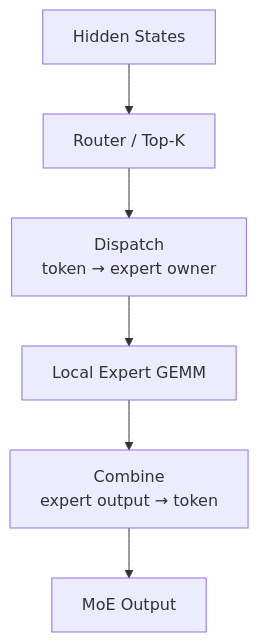
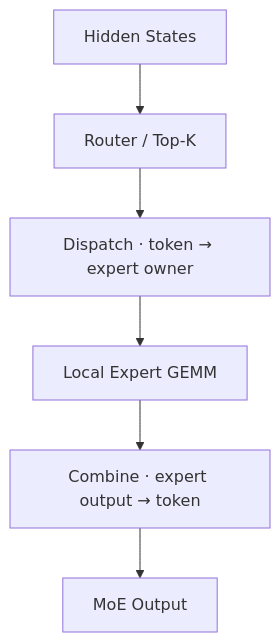
The fourth of 5 diagrams in docs/distributed/why-large-models-need-multi-card-tp-dp-ep.md (AkiYangDev/llm-inference-notes), drawn with Mermaid before and after one commit. The commit also changed other lines of this file and 44 other files, not shown here.

````diff
--- a/docs/distributed/why-large-models-need-multi-card-tp-dp-ep.md
+++ b/docs/distributed/why-large-models-need-multi-card-tp-dp-ep.md
@@ -226,8 +214,8 @@
 ```mermaid
 flowchart TD
     H["Hidden States"] --> R["Router / Top-K"]
-    R --> D["Dispatch<br/>token → expert owner"]
+    R --> D["Dispatch · token → expert owner"]
     D --> E["Local Expert GEMM"]
-    E --> C["Combine<br/>expert output → token"]
+    E --> C["Combine · expert output → token"]
     C --> O["MoE Output"]
 ```
````
